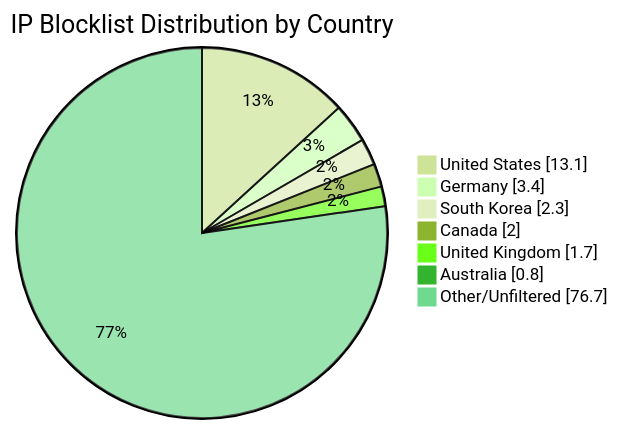
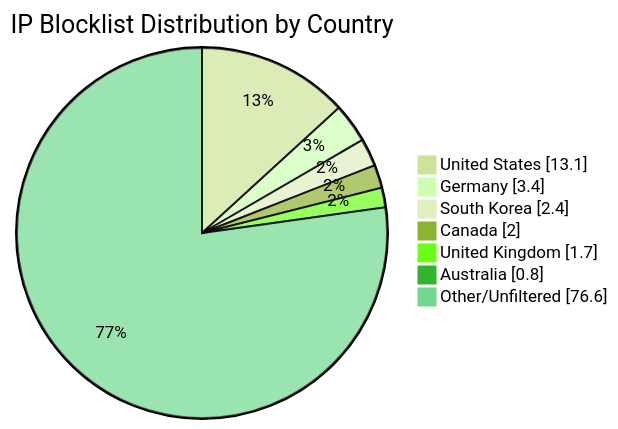
The diagram in README.md (MarcusHoltz/ipblocklist-geofiltered-aggregator), drawn with Mermaid (forest theme) before and after one commit. The commit also changed other lines of this file and 9 other files, not shown here.

````diff
--- a/README.md
+++ b/README.md
@@ -34,10 +34,10 @@
 ```mermaid
 pie showData title IP Blocklist Distribution by Country
 "United States" : 13.1
 "Germany" : 3.4
-"South Korea" : 2.3
+"South Korea" : 2.4
 "Canada" : 2.0
 "United Kingdom" : 1.7
 "Australia" : 0.8
-"Other/Unfiltered" : 76.7
+"Other/Unfiltered" : 76.6
 ```
````
